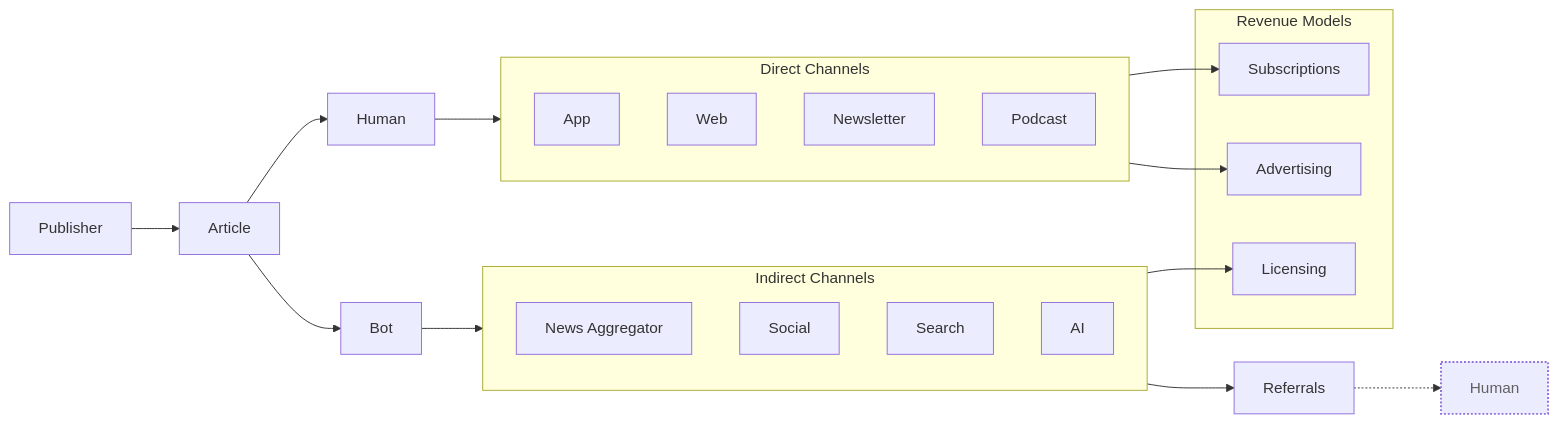
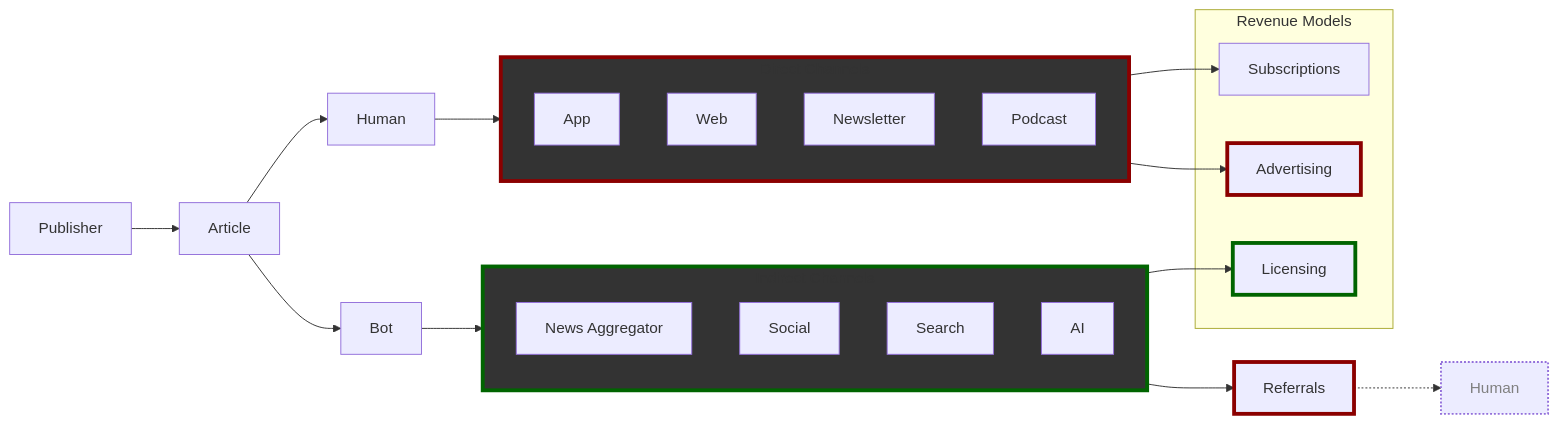
Before and after one commit to ozone-project/cafe: the first of 2 diagrams in slide-02-the-content-value-matrix.md, drawn with Mermaid. The commit also changed other lines of this file and 12 other files, not shown here.

````diff
--- a/slide-02-the-content-value-matrix.md
+++ b/slide-02-the-content-value-matrix.md
@@ -7,30 +5,40 @@
 ```mermaid
 
 flowchart LR
- subgraph Direct["Direct Channels"]
-        App["App"]
-        Web["Web"]
-        Newsletter["Newsletter"]
-        Podcast["Podcast"]
-  end
- subgraph Indirect["Indirect Channels"]
-        News["News Aggregator"]
-        Social["Social"]
-        Search["Search"]
-        AI["AI"]
-  end
- subgraph Revenue["Revenue Models"]
-        Subscriptions["Subscriptions"]
-        Advertising["Advertising"]
-        Licensing["Licensing"]
-  end
-    Publisher["Publisher"] --> Article["Article"]
-    Article --> Human["Human"] & Bot["Bot"]
-    Human --> Direct
-    Indirect --> Referrals["Referrals"] & Licensing
-    Direct --> Subscriptions & Advertising
-    Bot --> Indirect
-    Referrals -.-> H2["Human"]
-    style H2 stroke-width:2px,stroke-dasharray: 2,color:#616161
+
+      subgraph Direct_Channels["Direct Channels"]
+            App["App"]
+            Web["Web"]
+            Newsletter["Newsletter"]
+            Podcast["Podcast"]
+      end
+
+      subgraph Indirect_Channels["Indirect Channels"]
+            News["News Aggregator"]
+            Social["Social"]
+            Search["Search"]
+            AI["AI"]
+      end
+
+      subgraph Revenue["Revenue Models"]
+            Subscriptions["Subscriptions"]
+            Advertising["Advertising"]
+            Licensing["Licensing"]
+      end
+
+      Publisher["Publisher"] --> Article["Article"]
+      Article --> Human["Human"] & Bot["Bot"]
+      Human --> Direct_Channels
+      Indirect_Channels --> Referrals["Referrals"] & Licensing
+      Direct_Channels --> Subscriptions & Advertising
+      Bot --> Indirect_Channels
+      Referrals -.-> H2["Human"]
+
+      style H2 stroke-width:2px, stroke-dasharray:2, color:gray
+      style Direct_Channels stroke-width:4px, stroke:darkred, fill:#333333
+      style Indirect_Channels stroke-width:4px, stroke:darkgreen, fill:#333333
+      style Advertising stroke-width:4px, stroke:darkred
+      style Referrals stroke-width:4px, stroke:darkred
+      style Licensing stroke-width:4px, stroke:darkgreen
 
 ```
````
